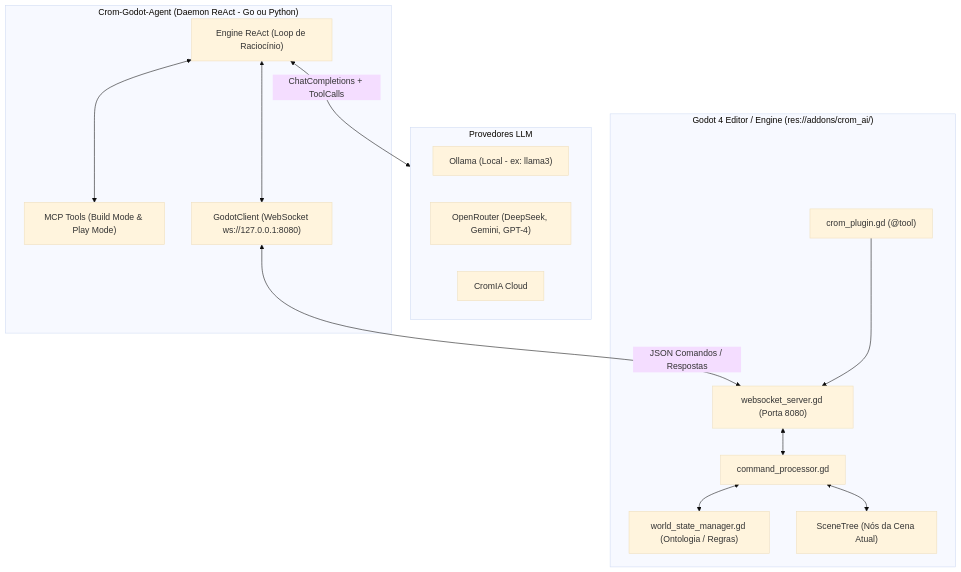
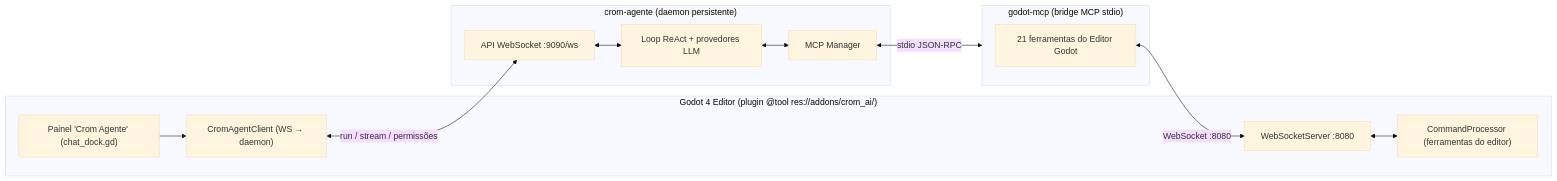
Before and after one commit to MrJc01/crom-godot-ai: the diagram in README.md, drawn with Mermaid (base theme). The commit also changed other lines of this file and 26 other files, not shown here.

First line of the commit message:
feat: acopla o crom-agente nativamente ao editor Godot (estilo Antigravity)

````diff
--- a/README.md
+++ b/README.md
@@ -55,33 +11,27 @@
 ```mermaid
-flowchart TD
-    subgraph GODOT ["Godot 4 Editor / Engine (res://addons/crom_ai/)"]
-        Plugin["crom_plugin.gd (@tool)"]
-        WSServer["websocket_server.gd (Porta 8080)"]
-        Processor["command_processor.gd"]
-        WorldManager["world_state_manager.gd (Ontologia / Regras)"]
-        SceneTree["SceneTree (Nós da Cena Atual)"]
-        
-        Plugin --> WSServer
+flowchart LR
+    subgraph EDITOR ["Godot 4 Editor (plugin @tool res://addons/crom_ai/)"]
+        Dock["Painel 'Crom Agente' (chat_dock.gd)"]
+        Client["CromAgentClient (WS → daemon)"]
+        WSServer["WebSocketServer :8080"]
+        Processor["CommandProcessor (ferramentas do editor)"]
+        Dock --> Client
         WSServer <--> Processor
-        Processor <--> WorldManager
-        Processor <--> SceneTree
     end
 
-    subgraph AGENT ["Crom-Godot-Agent (Daemon ReAct - Go ou Python)"]
-        ReActLoop["Engine ReAct (Loop de Raciocínio)"]
-        Tools["MCP Tools (Build Mode & Play Mode)"]
-        Client["GodotClient (WebSocket ws://127.0.0.1:8080)"]
-        
-        ReActLoop <--> Tools
-        ReActLoop <--> Client
+    subgraph DAEMON ["crom-agente (daemon persistente)"]
+        Loop["Loop ReAct + provedores LLM"]
+        API["API WebSocket :9090/ws"]
+        MCP["MCP Manager"]
+        API <--> Loop
+        Loop <--> MCP
     end
 
-    subgraph PROVIDERS ["Provedores LLM"]
-        Ollama["Ollama (Local - ex: llama3)"]
-        OpenRouter["OpenRouter (DeepSeek, Gemini, GPT-4)"]
-        CromIA["CromIA Cloud"]
+    subgraph BRIDGE ["godot-mcp (bridge MCP stdio)"]
+        Tools["21 ferramentas do Editor Godot"]
     end
 
-    Client <-->|JSON Comandos / Respostas| WSServer
-    ReActLoop <-->|ChatCompletions + ToolCalls| PROVIDERS
+    Client <-->|"run / stream / permissões"| API
+    MCP <-->|"stdio JSON-RPC"| BRIDGE
+    Tools <-->|"WebSocket :8080"| WSServer
 ```
````
